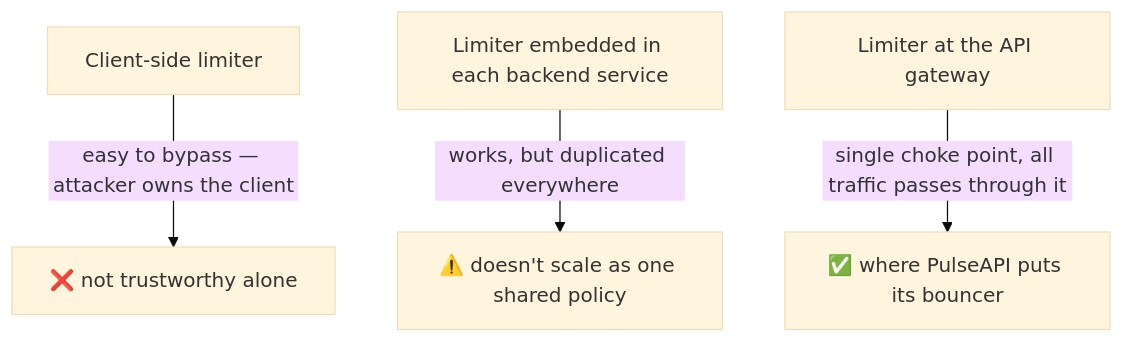
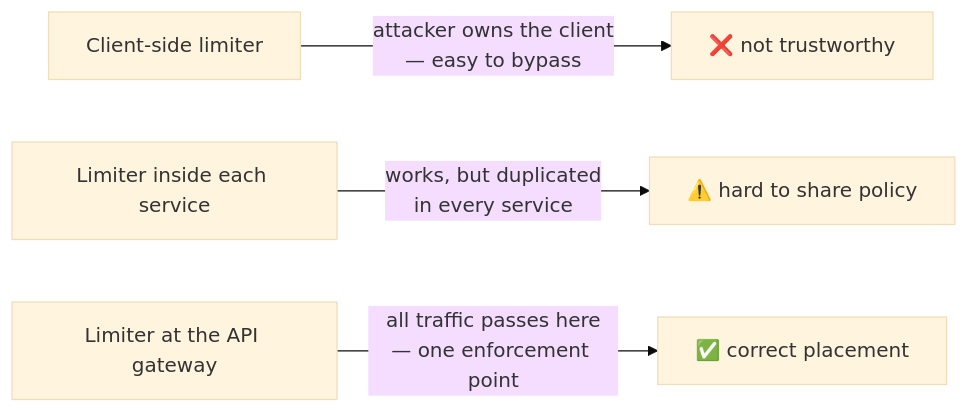
One commit to riyaz-pasha/Learnings changed the second of 17 diagrams in system-design/HLD/0-course/19-Rate-Limiter-FAANG-Guide-story.md. Above: the diagram before and after it, drawn with Mermaid (base theme). The commit also changed other lines of this file, not shown here.

Commit message:
rewrite: simplify english and clean up mermaid diagrams in rate limiter story guide

````diff
--- a/system-design/HLD/0-course/19-Rate-Limiter-FAANG-Guide-story.md
+++ b/system-design/HLD/0-course/19-Rate-Limiter-FAANG-Guide-story.md
@@ -26,6 +67,6 @@
 ```mermaid
-flowchart TD
-    C1["Client-side limiter"] -->|"easy to bypass — attacker owns the client"| X1["❌ not trustworthy alone"]
-    S1["Limiter embedded in each backend service"] -->|"works, but duplicated everywhere"| X2["⚠️ doesn't scale as one shared policy"]
-    G1["Limiter at the API gateway"] -->|"single choke point, all traffic passes through it"| X3["✅ where PulseAPI puts its bouncer"]
+flowchart LR
+    C1["Client-side limiter"] -->|"attacker owns the client\n— easy to bypass"| X1["❌ not trustworthy"]
+    S1["Limiter inside each service"] -->|"works, but duplicated\nin every service"| X2["⚠️ hard to share policy"]
+    G1["Limiter at the API gateway"] -->|"all traffic passes here\n— one enforcement point"| X3["✅ correct placement"]
 ```
````
